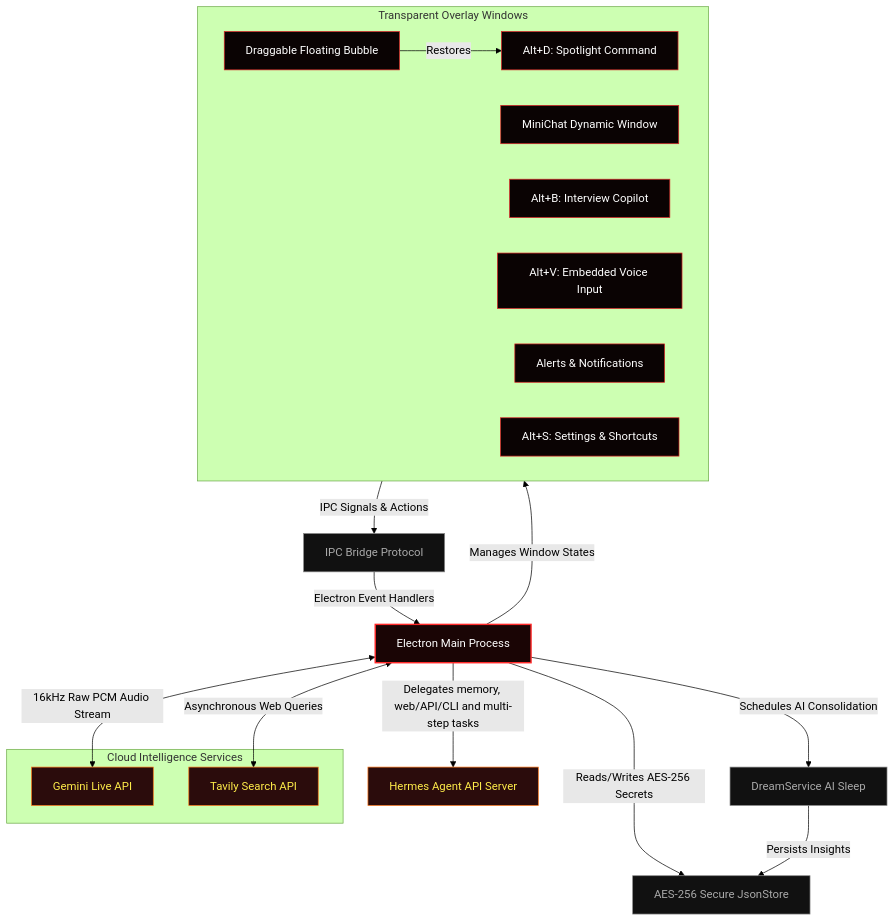
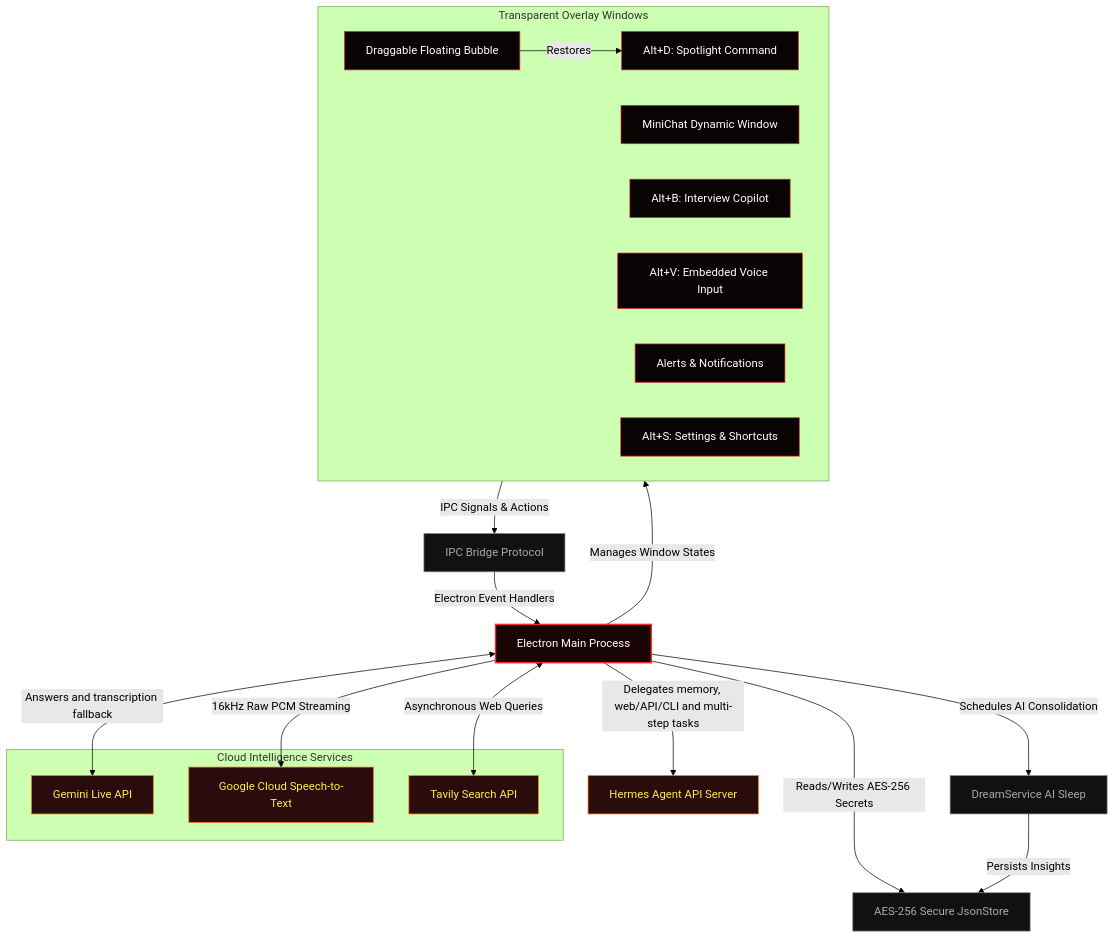
The diagram in README.md (fbsis/hades-agent), drawn with Mermaid (forest theme) before and after one commit. The commit also changed other lines of this file and 16 other files, not shown here.

````diff
--- a/README.md
+++ b/README.md
@@ -183,41 +189,43 @@
 ```mermaid
 graph TD
     classDef main fill:#1a0505,stroke:#ff2a2a,stroke-width:2px,color:#fff;
     classDef float fill:#0a0303,stroke:#dc2626,stroke-width:1px,color:#fff;
     classDef service fill:#111,stroke:#888,stroke-width:1px,color:#aaa;
     classDef external fill:#2b0c0c,stroke:#f97316,stroke-width:1px,color:#ffed4a;
 
     Main[Electron Main Process]:::main
     
     subgraph UI_Layers [Transparent Overlay Windows]
         CommandBar[Alt+D: Spotlight Command]:::float
         MiniChat[MiniChat Dynamic Window]:::float
         Susurro[Alt+B: Interview Copilot]:::float
         Voice[Alt+V: Embedded Voice Input]:::float
         Bubble[Draggable Floating Bubble]:::float
         Notification[Alerts & Notifications]:::float
         Settings[Alt+S: Settings & Shortcuts]:::float
     end
     
     SSoT[IPC Bridge Protocol]:::service
     Store[AES-256 Secure JsonStore]:::service
     Dream[DreamService AI Sleep]:::service
     Hermes[Hermes Agent API Server]:::external
     
     subgraph Cloud_APIs [Cloud Intelligence Services]
         Gemini[Gemini Live API]:::external
+        Speech[Google Cloud Speech-to-Text]:::external
         Tavily[Tavily Search API]:::external
     end
 
     Main -->|Manages Window States| UI_Layers
     Bubble -->|Restores| CommandBar
     UI_Layers -->|IPC Signals & Actions| SSoT
     SSoT -->|Electron Event Handlers| Main
     Main -->|Reads/Writes AES-256 Secrets| Store
     Main -->|Schedules AI Consolidation| Dream
     Dream -->|Persists Insights| Store
     Main -->|Delegates memory, web/API/CLI and multi-step tasks| Hermes
     
-    Main <-->|16kHz Raw PCM Audio Stream| Gemini
+    Main -->|16kHz Raw PCM Streaming| Speech
+    Main <-->|Answers and transcription fallback| Gemini
     Main <-->|Asynchronous Web Queries| Tavily
 ```
````
